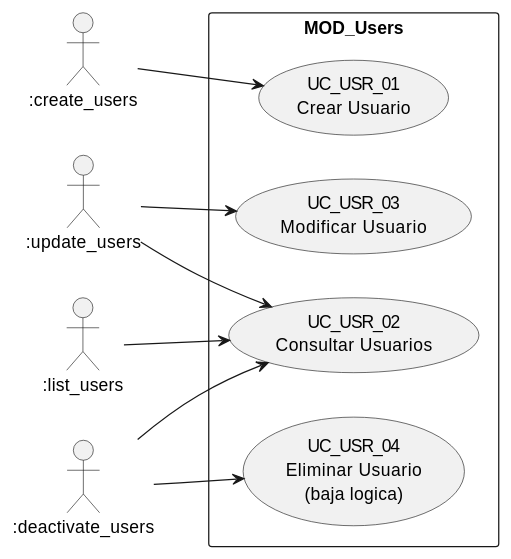
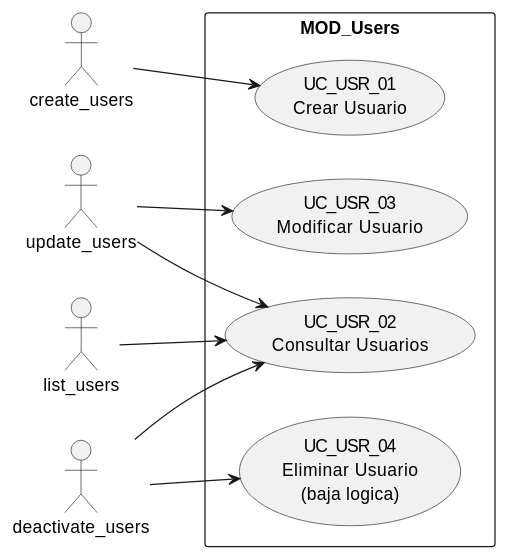
One commit to jcg-admin/IACT-docs changed the second of 13 diagrams in source/arquitectura-tecnica/diagramas-uc-por-modulo.rst. Above: the diagram before and after it, drawn with PlantUML. The commit also changed other lines of this file and 157 other files, not shown here.

First line of the commit message:
Enforce catalog function names across all diagrams

```diff
--- a/source/arquitectura-tecnica/diagramas-uc-por-modulo.rst
+++ b/source/arquitectura-tecnica/diagramas-uc-por-modulo.rst
@@ -67,26 +67,26 @@
 .. uml::
  :caption: Figura 17 — MOD_Users: casos de uso
 
  @startuml
  left to right direction
 
- actor ":create_users" as CU
- actor ":update_users" as UU
- actor ":deactivate_users" as DU
- actor ":list_users" as LU
+ actor "create_users" as CU
+ actor "update_users" as UU
+ actor "deactivate_users" as DU
+ actor "list_users" as LU
 
  rectangle "MOD_Users" {
    usecase "UC_USR_01\nCrear Usuario" as U01
    usecase "UC_USR_02\nConsultar Usuarios" as U02
    usecase "UC_USR_03\nModificar Usuario" as U03
    usecase "UC_USR_04\nEliminar Usuario\n(baja logica)" as U04
  }
 
  CU --> U01
  LU --> U02
  UU --> U02
  UU --> U03
  DU --> U04
  DU --> U02
 
  @enduml
```
